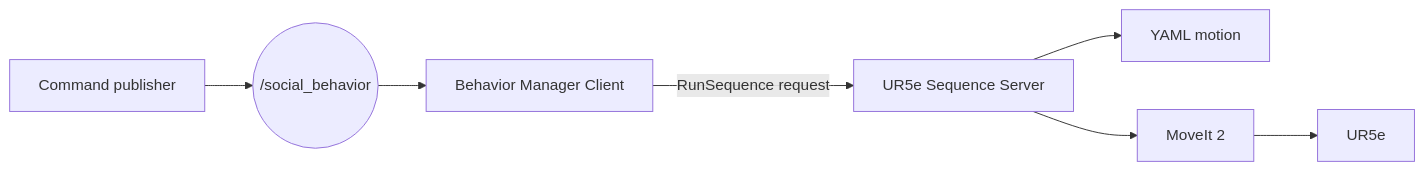
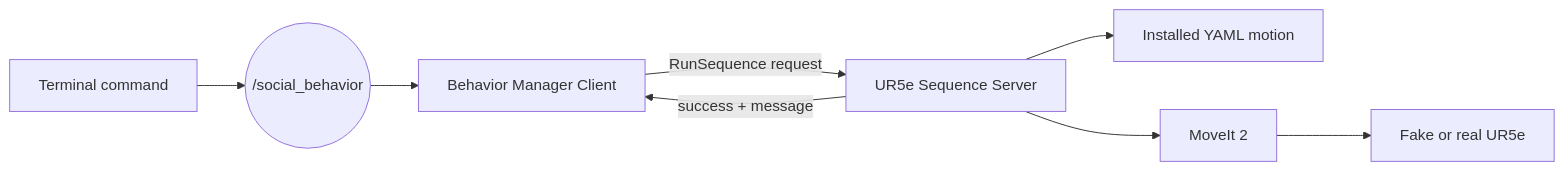
One commit to manelpuig/UR5e_social_robotics changed the first of 3 diagrams in Documentation/4_ROS2_Architecture.md. Above: the diagram before and after it, drawn with Mermaid. The commit also changed other lines of this file and 23 other files, not shown here.

````diff
--- a/Documentation/4_ROS2_Architecture.md
+++ b/Documentation/4_ROS2_Architecture.md
@@ -7,9 +36,10 @@
 ```mermaid
 flowchart LR
-    P["Command publisher"] --> T(("/social_behavior"))
+    P["Terminal command"] --> T(("/social_behavior"))
     T --> C["Behavior Manager Client"]
     C -- "RunSequence request" --> S["UR5e Sequence Server"]
-    S --> Y["YAML motion"]
+    S --> Y["Installed YAML motion"]
     S --> M["MoveIt 2"]
-    M --> R["UR5e"]
+    M --> R["Fake or real UR5e"]
+    S -- "success + message" --> C
 ```
````
